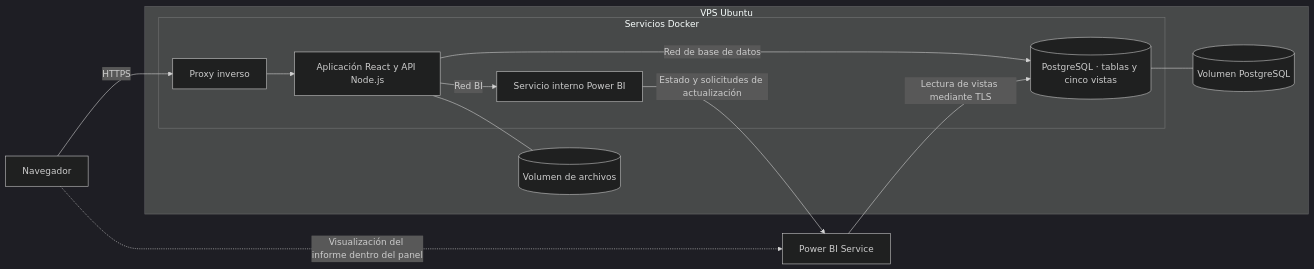
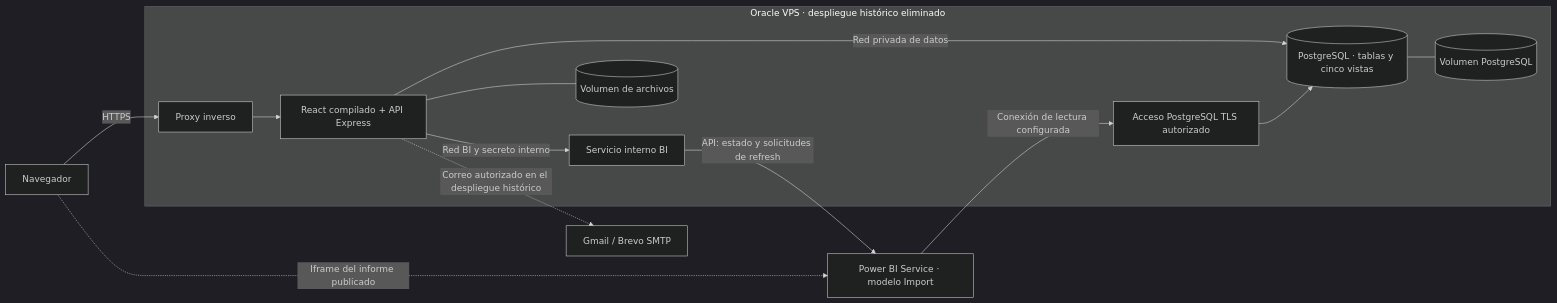
The first of 2 diagrams in docs/ARQUITECTURA_Y_OPERACION.md (Eliasxgg/caso-bi-ecommerce), drawn with Mermaid (dark theme) before and after one commit. The commit also changed other lines of this file and 5 other files, not shown here.

````diff
--- a/docs/ARQUITECTURA_Y_OPERACION.md
+++ b/docs/ARQUITECTURA_Y_OPERACION.md
@@ -23,16 +23,16 @@
 ```mermaid
 flowchart LR
     U["Navegador"] -->|HTTPS| X
-    subgraph VPS["VPS Ubuntu"]
-        subgraph DOCKER["Servicios Docker"]
-            X["Proxy inverso"] --> A["Aplicación React y API Node.js"]
-            A -->|Red de base de datos| D[("PostgreSQL · tablas y cinco vistas")]
-            A -->|Red BI| B["Servicio interno Power BI"]
-        end
+    subgraph VPS["Oracle VPS · despliegue histórico eliminado"]
+        X["Proxy inverso"] --> A["React compilado + API Express"]
+        A -->|Red privada de datos| D[("PostgreSQL · tablas y cinco vistas")]
+        A -->|Red BI y secreto interno| B["Servicio interno BI"]
+        T["Acceso PostgreSQL TLS autorizado"] --> D
         D --- V[("Volumen PostgreSQL")]
         A --- F[("Volumen de archivos")]
     end
-    P["Power BI Service"] -->|Lectura de vistas mediante TLS| D
-    B -->|Estado y solicitudes de actualización| P
-    U -. Visualización del informe dentro del panel .-> P
+    P["Power BI Service · modelo Import"] -->|Conexión de lectura configurada| T
+    B -->|API: estado y solicitudes de refresh| P
+    U -. Iframe del informe publicado .-> P
+    A -. Correo autorizado en el despliegue histórico .-> S["Gmail / Brevo SMTP"]
 ```
````
